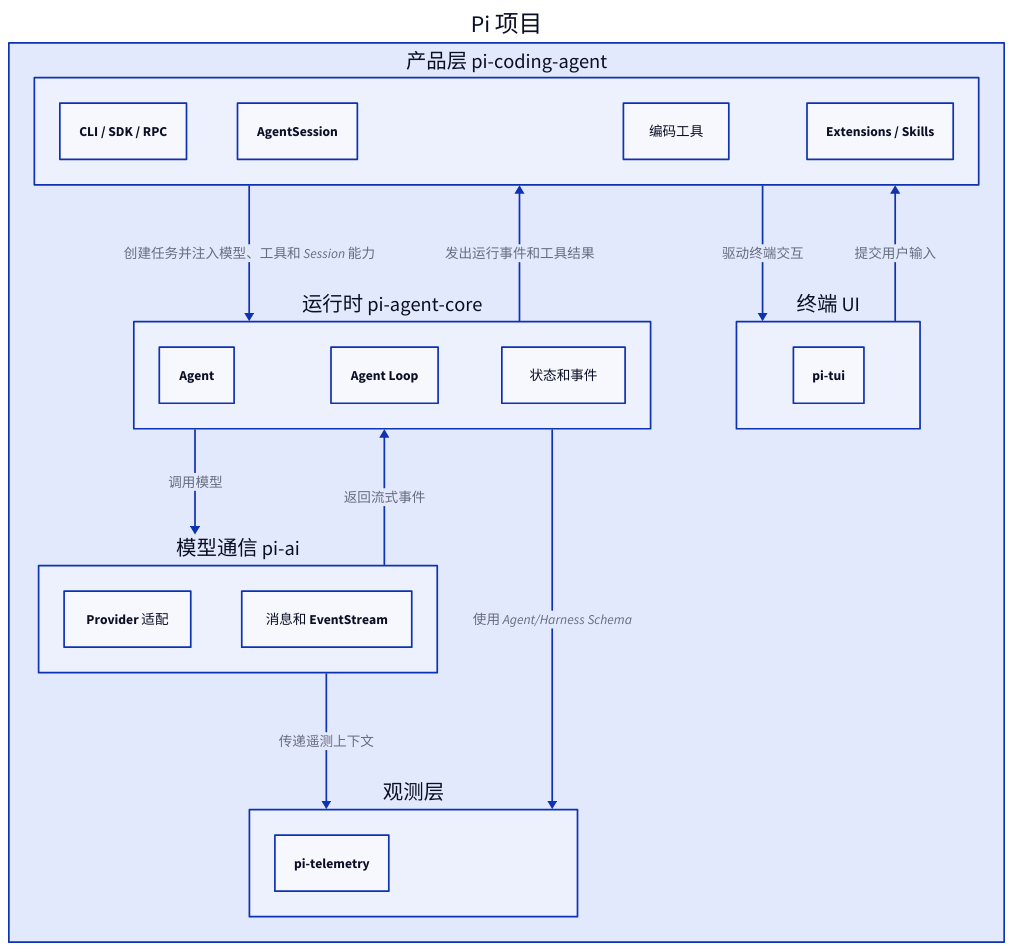
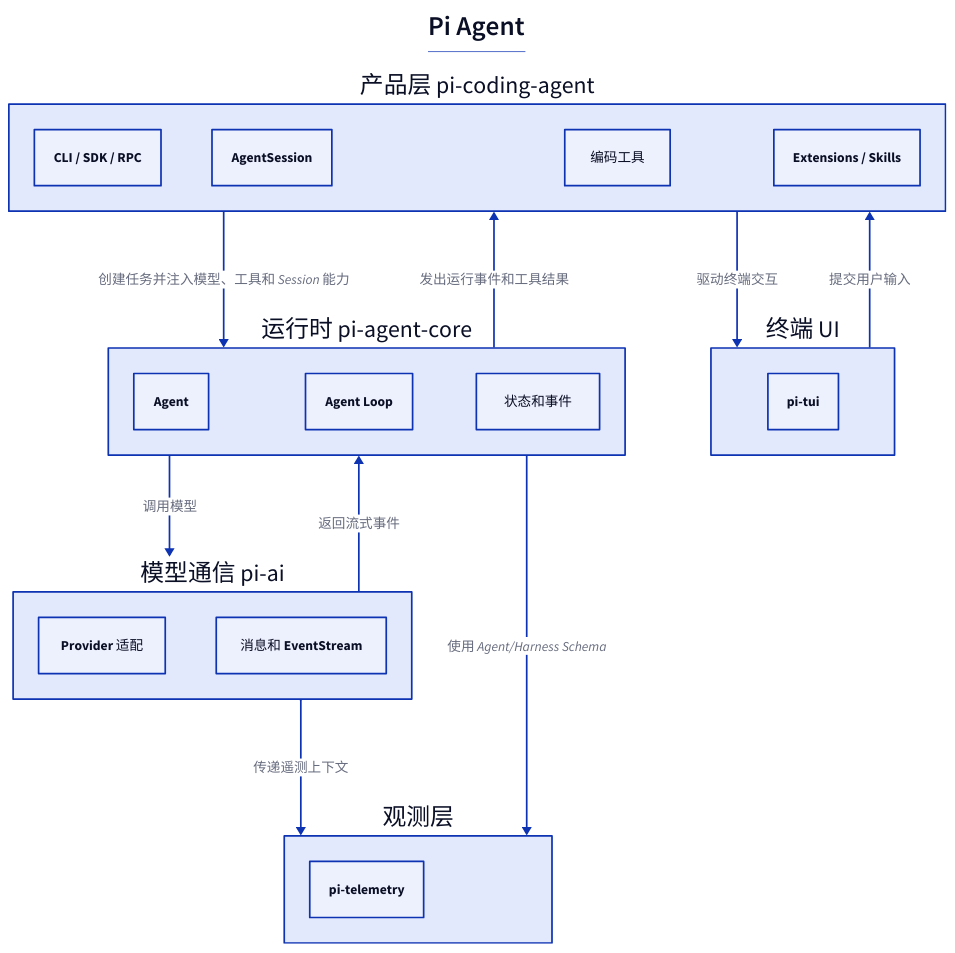
The diagram in apps/docs/ai/Pi Agent/Pi Agent 是什么.md (youngluo/thinking), drawn with D2 before and after one commit. The commit also changed other lines of this file and 7 other files, not shown here.

Commit message:
docs: refine agent architecture docs and diagrams

````diff
--- a/apps/docs/ai/Pi Agent/Pi Agent 是什么.md
+++ b/apps/docs/ai/Pi Agent/Pi Agent 是什么.md
@@ -39,53 +39,53 @@
 ```d2 fold
 vars: {
   d2-config: {
     layout-engine: elk
   }
 }
 
 direction: down
 
-project: "Pi 项目" {
-  class: group
+title: |md
+  # Pi Agent
+| {near: top-center}
 
-  product: "产品层 pi-coding-agent" {
-    class: subgroup
-    cli: "CLI / SDK / RPC"
-    session: AgentSession
-    tools: 编码工具
-    resources: "Extensions / Skills"
-  }
-
-  runtime: "运行时 pi-agent-core" {
-    class: subgroup
-    agent: Agent
-    loop: "Agent Loop"
-    state: 状态和事件
-  }
-
-  model: "模型通信 pi-ai" {
-    class: subgroup
-    providers: "Provider 适配"
-    protocol: "消息和 EventStream"
-  }
-
-  surface: "终端 UI" {
-    class: subgroup
-    tui: pi-tui
-  }
-
-  telemetry: "观测层" {
-    class: subgroup
-    package: pi-telemetry
-  }
+product: "产品层 pi-coding-agent" {
+  class: subgroup
+  cli: "CLI / SDK / RPC"
+  session: AgentSession
+  tools: 编码工具
+  resources: "Extensions / Skills"
 }
 
-project.product -> project.runtime: 创建任务并注入模型、工具和 Session 能力
-project.runtime -> project.model: 调用模型
-project.model -> project.runtime: 返回流式事件
-project.runtime -> project.product: 发出运行事件和工具结果
-project.product -> project.surface: 驱动终端交互
-project.surface -> project.product: 提交用户输入
-project.model -> project.telemetry: 传递遥测上下文
-project.runtime -> project.telemetry: 使用 Agent/Harness Schema
+runtime: "运行时 pi-agent-core" {
+  class: subgroup
+  agent: Agent
+  loop: "Agent Loop"
+  state: 状态和事件
+}
+
+model: "模型通信 pi-ai" {
+  class: subgroup
+  providers: "Provider 适配"
+  protocol: "消息和 EventStream"
+}
+
+surface: "终端 UI" {
+  class: subgroup
+  tui: pi-tui
+}
+
+telemetry: "观测层" {
+  class: subgroup
+  package: pi-telemetry
+}
+
+product -> runtime: 创建任务并注入模型、工具和 Session 能力
+runtime -> model: 调用模型
+model -> runtime: 返回流式事件
+runtime -> product: 发出运行事件和工具结果
+product -> surface: 驱动终端交互
+surface -> product: 提交用户输入
+model -> telemetry: 传递遥测上下文
+runtime -> telemetry: 使用 Agent/Harness Schema
 ```
````
